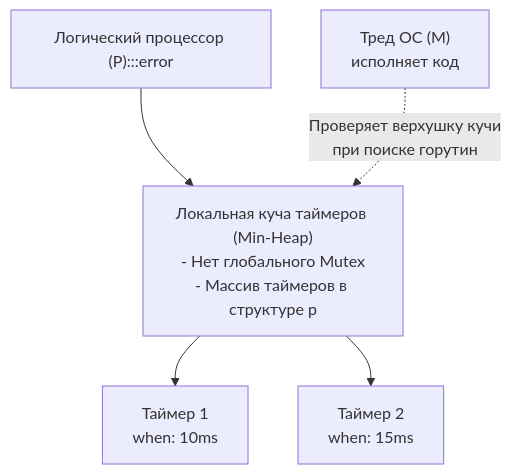
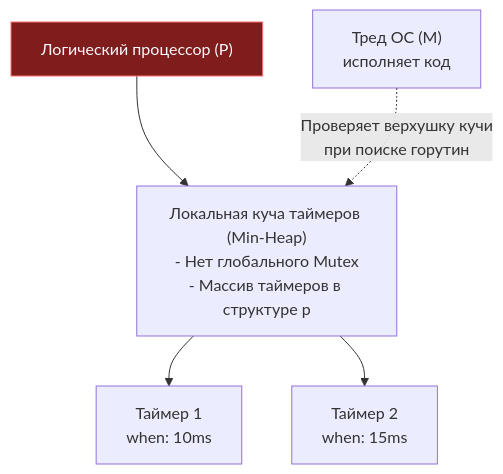
One commit to UnrealTemplier/go-textbook-ru changed the diagram in sources/5. Учебник по Go (Основы и синтаксис)/31. Время и даты. time.Time, Duration, Timer, Ticker.md. Above: the diagram before and after it, drawn with Mermaid. The commit also changed 166 other files, not shown here.

First line of the commit message:
fix(mermaid): move :::class out of quoted node labels

````diff
--- a/sources/5. Учебник по Go (Основы и синтаксис)/31. Время и даты. time.Time, Duration, Timer, Ticker.md
+++ b/sources/5. Учебник по Go (Основы и синтаксис)/31. Время и даты. time.Time, Duration, Timer, Ticker.md
@@ -270,17 +270,17 @@
 ```mermaid
 graph TD
     classDef process  fill:#1e293b,stroke:#38bdf8,stroke-width:1px,color:#f8fafc
     classDef success  fill:#064e3b,stroke:#34d399,stroke-width:1px,color:#f8fafc
     classDef error    fill:#7f1d1d,stroke:#f87171,stroke-width:1px,color:#f8fafc
     classDef warning  fill:#78350f,stroke:#fbbf24,stroke-width:1px,color:#f8fafc
     classDef entry    fill:#1e3a5f,stroke:#38bdf8,stroke-width:2px,color:#f8fafc
     classDef aux      fill:#334155,stroke:#64748b,stroke-width:1px,color:#f8fafc
     classDef system   fill:#312e81,stroke:#a78bfa,stroke-width:1px,color:#f8fafc
     classDef data     fill:#132d29,stroke:#2dd4bf,stroke-width:1px,color:#f8fafc
     classDef network  fill:#881337,stroke:#fb7185,stroke-width:1px,color:#f8fafc
     classDef accent   fill:#1e1b4b,stroke:#818cf8,stroke-width:1px,color:#f8fafc
-    P["Логический процессор (P):::error"] --> TQ["Локальная куча таймеров (Min-Heap)<br/>- Нет глобального Mutex<br/>- Массив таймеров в структуре p"]
+    P["Логический процессор (P)"]:::error --> TQ["Локальная куча таймеров (Min-Heap)<br/>- Нет глобального Mutex<br/>- Массив таймеров в структуре p"]
     TQ --> T1["Таймер 1<br/>when: 10ms"]
     TQ --> T2["Таймер 2<br/>when: 15ms"]
     M["Тред ОС (M)<br/>исполняет код"] -.->|"Проверяет верхушку кучи<br/>при поиске горутин"| TQ
 ```
````
